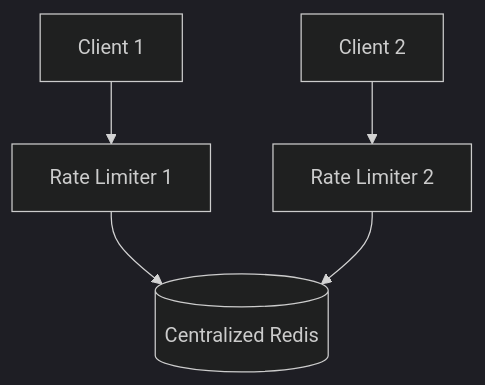
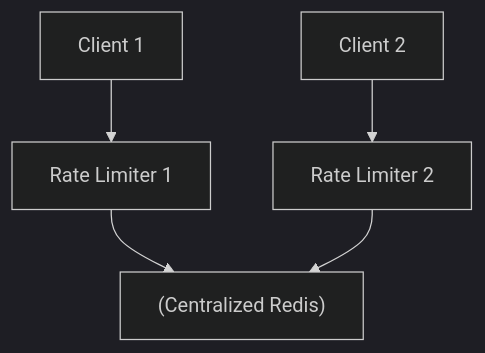
Before and after one commit to pankajThakur1874/studysheet: the third of 3 diagrams in files/Book-System-Design-Vol-1/04-design-a-rate-limiter.md, drawn with Mermaid (dark theme). The commit also changed other lines of this file and 102 other files, not shown here.

Commit message:
Auto-fix Mermaid diagram syntax across all study guides to prevent Syntax Error in Mermaid v10

````diff
--- a/files/Book-System-Design-Vol-1/04-design-a-rate-limiter.md
+++ b/files/Book-System-Design-Vol-1/04-design-a-rate-limiter.md
@@ -110,7 +110,7 @@
 ```mermaid
 flowchart TD
     C1[Client 1] --> RL1[Rate Limiter 1]
     C2[Client 2] --> RL2[Rate Limiter 2]
-    RL1 --> R[(Centralized Redis)]
+    RL1 --> R["(Centralized Redis)"]
     RL2 --> R
 ```
````
